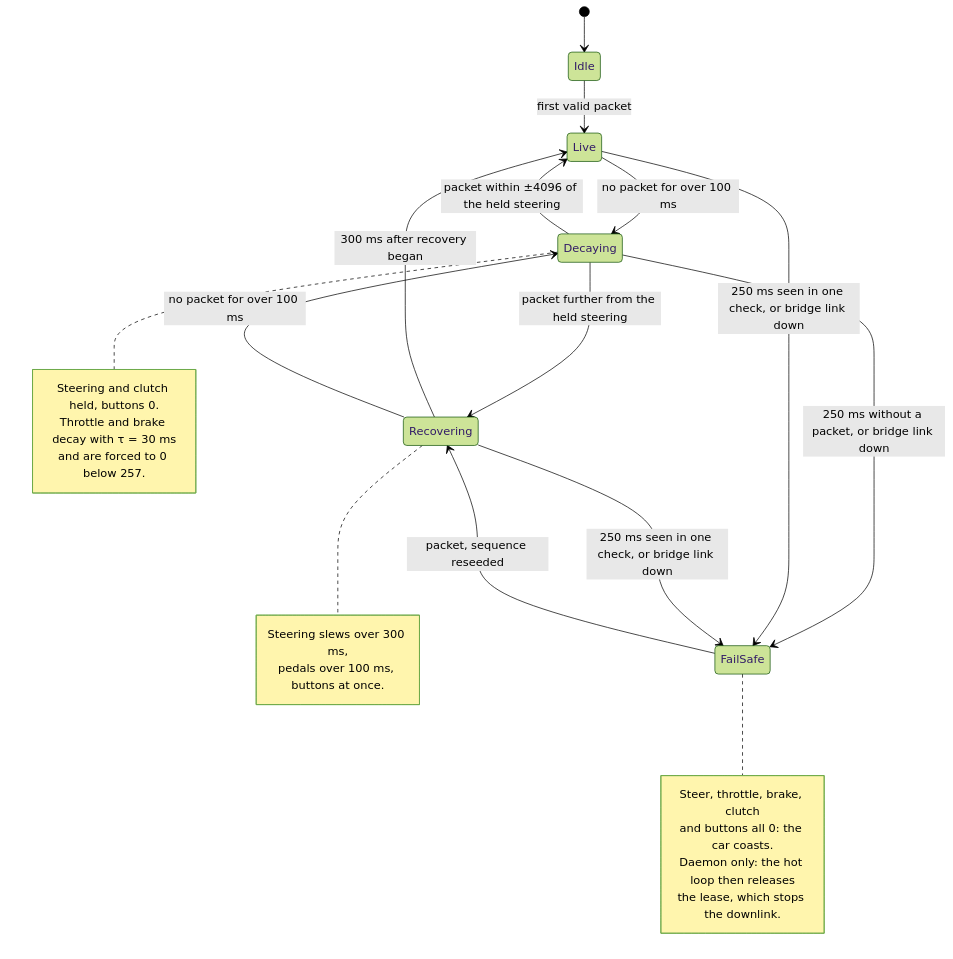
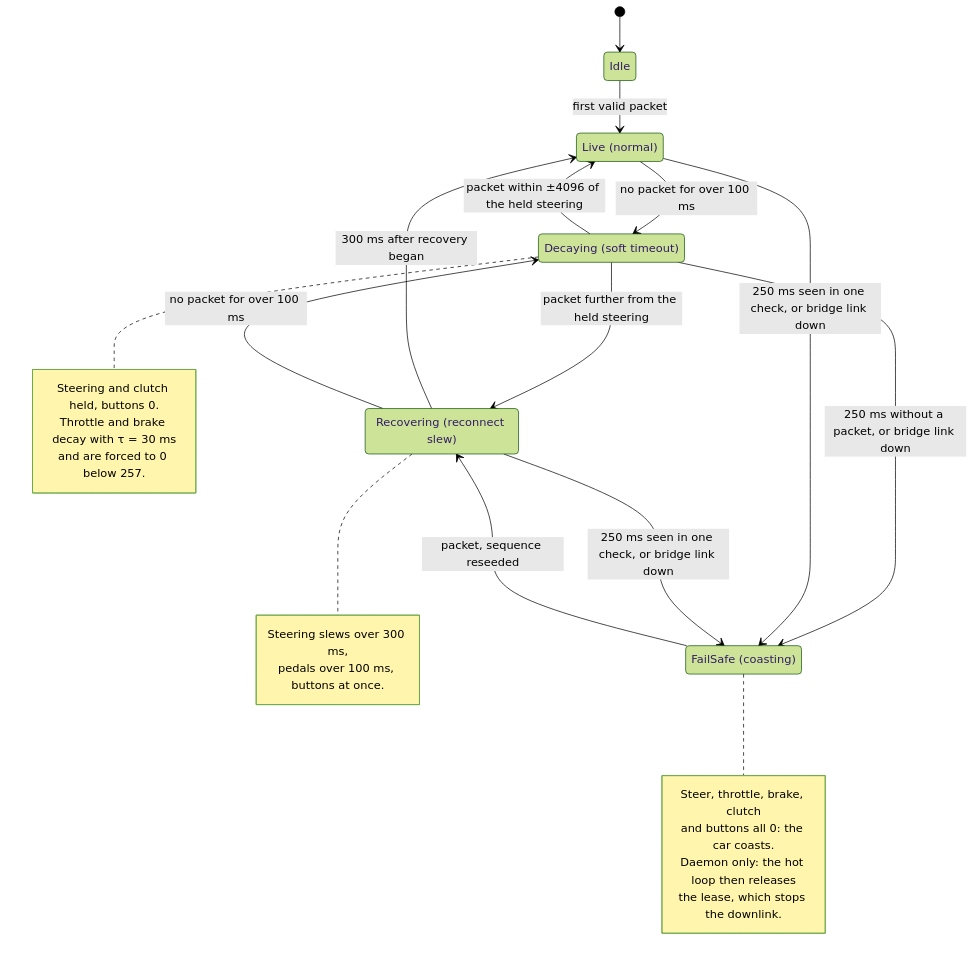
Before and after one commit to DEZ-byte/SteeringControl: the third of 4 diagrams in docs/ARCHITECTURE.md, drawn with Mermaid (forest theme). The commit also changed other lines of this file and 8 other files, not shown here.

````diff
--- a/docs/ARCHITECTURE.md
+++ b/docs/ARCHITECTURE.md
@@ -398,30 +404,35 @@
 ```mermaid
 stateDiagram-v2
+    state "Live (normal)" as Live
+    state "Decaying (soft timeout)" as Decaying
+    state "FailSafe (coasting)" as FailSafe
+    state "Recovering (reconnect slew)" as Recovering
+
     [*] --> Idle
     Idle --> Live: first valid packet
     Live --> Decaying: no packet for over 100 ms
     Decaying --> Live: packet within ±4096 of the held steering
     Decaying --> Recovering: packet further from the held steering
     Decaying --> FailSafe: 250 ms without a packet, or bridge link down
     Live --> FailSafe: 250 ms seen in one check, or bridge link down
     Recovering --> FailSafe: 250 ms seen in one check, or bridge link down
     FailSafe --> Recovering: packet, sequence reseeded
     Recovering --> Live: 300 ms after recovery began
     Recovering --> Decaying: no packet for over 100 ms
 
     note right of Decaying
         Steering and clutch held, buttons 0.
         Throttle and brake decay with τ = 30 ms
         and are forced to 0 below 257.
     end note
     note right of FailSafe
         Steer, throttle, brake, clutch
         and buttons all 0: the car coasts.
         Daemon only: the hot loop then releases
         the lease, which stops the downlink.
     end note
     note right of Recovering
         Steering slews over 300 ms,
         pedals over 100 ms, buttons at once.
     end note
 ```
````
